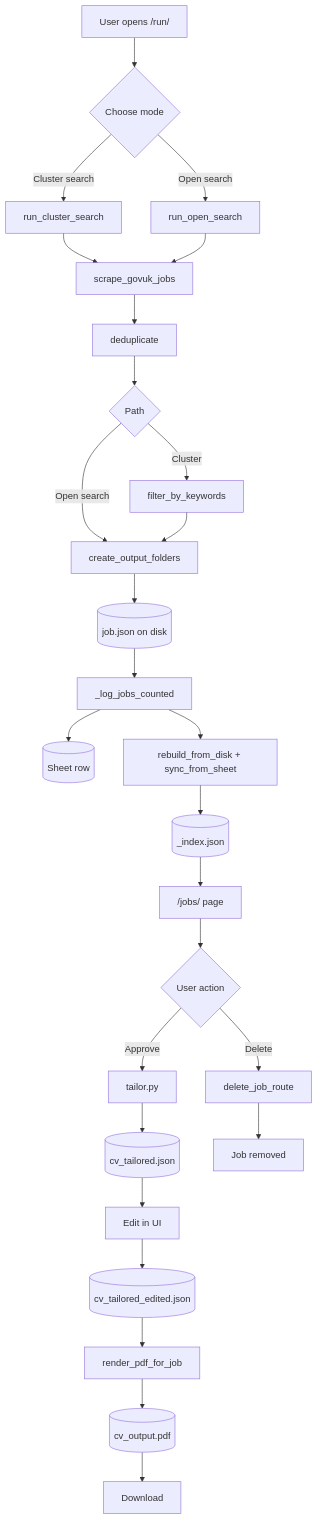
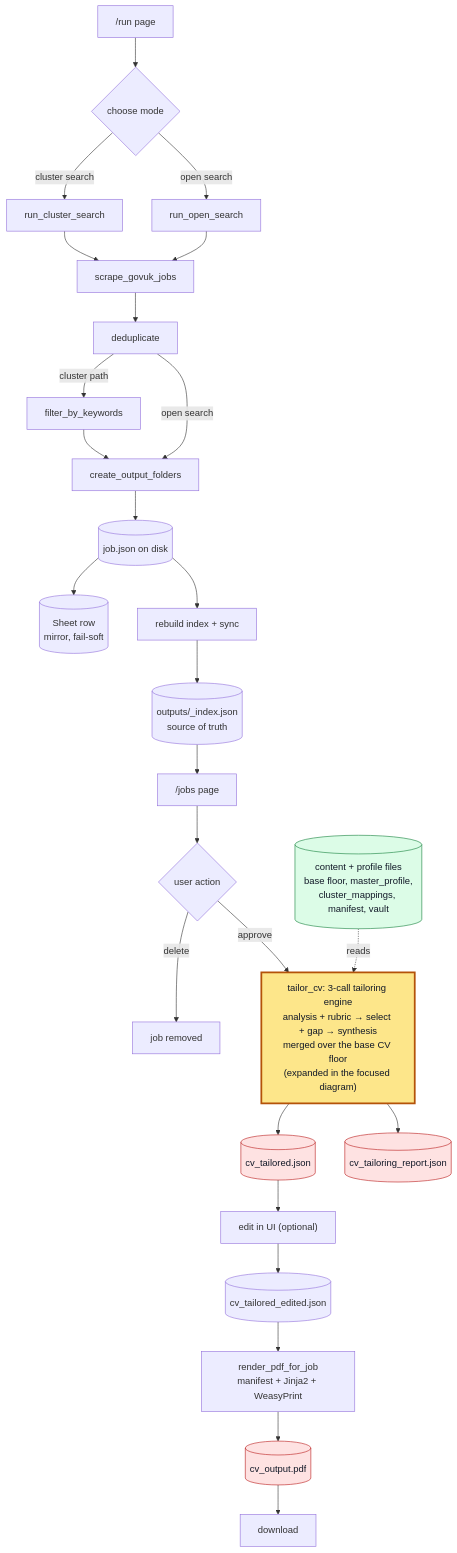
The first of 2 diagrams in README.md (designedbykaz/job-search-automation), drawn with Mermaid before and after one commit. The commit also changed other lines of this file, not shown here.

````diff
--- a/README.md
+++ b/README.md
@@ -32,30 +33,38 @@
 ```mermaid
 flowchart TD
-    A["User opens /run/"] --> B{Choose mode}
-    B -->|Cluster search| C[run_cluster_search]
-    B -->|Open search| D[run_open_search]
-    C --> E[scrape_govuk_jobs]
-    D --> E
-    E --> F[deduplicate]
-    F --> G{Path}
-    G -->|Cluster| H[filter_by_keywords]
-    G -->|Open search| I
-    H --> I[create_output_folders]
-    I --> J[(job.json on disk)]
-    J --> K[_log_jobs_counted]
-    K --> L[(Sheet row)]
-    K --> M[rebuild_from_disk + sync_from_sheet]
-    M --> N[(_index.json)]
-    N --> O["/jobs/ page"]
-    O --> P{User action}
-    P -->|Delete| Q[delete_job_route]
-    P -->|Approve| R[tailor.py]
-    R --> S[(cv_tailored.json)]
-    S --> T[Edit in UI]
-    T --> U[(cv_tailored_edited.json)]
-    U --> V[render_pdf_for_job]
-    V --> W[(cv_output.pdf)]
-    W --> X[Download]
-    Q --> Y[Job removed]
+    RUN["/run page"] --> MODE{choose mode}
+    MODE -->|cluster search| CS[run_cluster_search]
+    MODE -->|open search| OS[run_open_search]
+    CS --> SCRAPE[scrape_govuk_jobs]
+    OS --> SCRAPE
+    SCRAPE --> DEDUP[deduplicate]
+    DEDUP -->|cluster path| FILTER[filter_by_keywords]
+    FILTER --> FOLDERS[create_output_folders]
+    DEDUP -->|open search| FOLDERS
+    FOLDERS --> JOBJSON[(job.json on disk)]
+    JOBJSON --> SHEET[(Sheet row<br/>mirror, fail-soft)]
+    JOBJSON --> SYNC[rebuild index + sync]
+    SYNC --> INDEX[(outputs/_index.json<br/>source of truth)]
+    INDEX --> JOBS["/jobs page"]
+    JOBS --> ACTION{user action}
+    ACTION -->|delete| DEL[job removed]
+    ACTION -->|approve| ENGINE
+
+    ENGINE["tailor_cv: 3-call tailoring engine<br/>analysis + rubric &rarr; select + gap &rarr; synthesis<br/>merged over the base CV floor<br/>(expanded in the focused diagram)"]:::engine
+
+    FILES[("content + profile files<br/>base floor, master_profile,<br/>cluster_mappings, manifest, vault")]:::file
+    FILES -. reads .-> ENGINE
+
+    ENGINE --> CVJSON[(cv_tailored.json)]:::out
+    ENGINE --> REPORT[(cv_tailoring_report.json)]:::out
+    CVJSON --> EDIT["edit in UI (optional)"]
+    EDIT --> EDITED[(cv_tailored_edited.json)]
+    EDITED --> RENDER["render_pdf_for_job<br/>manifest + Jinja2 + WeasyPrint"]
+    RENDER --> PDF[(cv_output.pdf)]:::out
+    PDF --> DL[download]
+
+    classDef engine fill:#fde68a,stroke:#b45309,stroke-width:3px,color:#111827;
+    classDef file fill:#dcfce7,stroke:#15803d,color:#111827;
+    classDef out fill:#fee2e2,stroke:#b91c1c,color:#111827;
 
 ```
````
